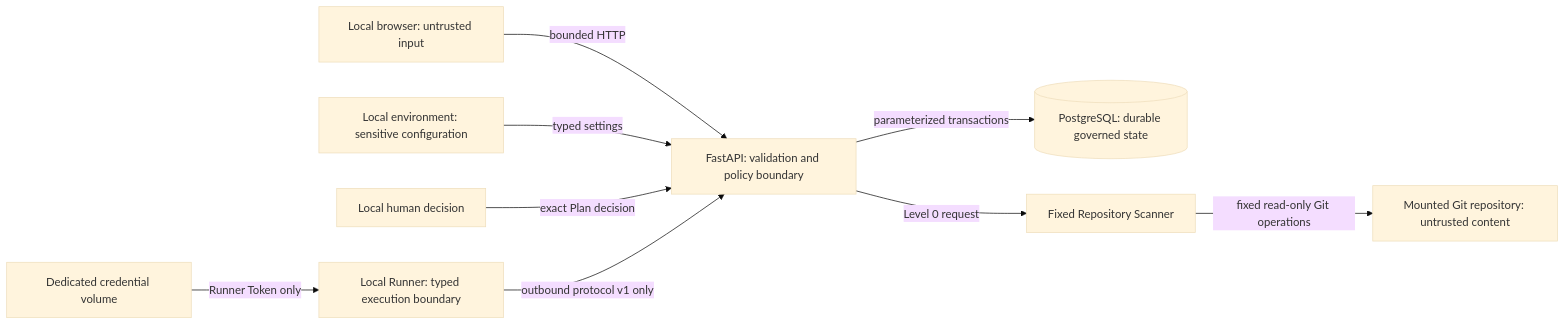
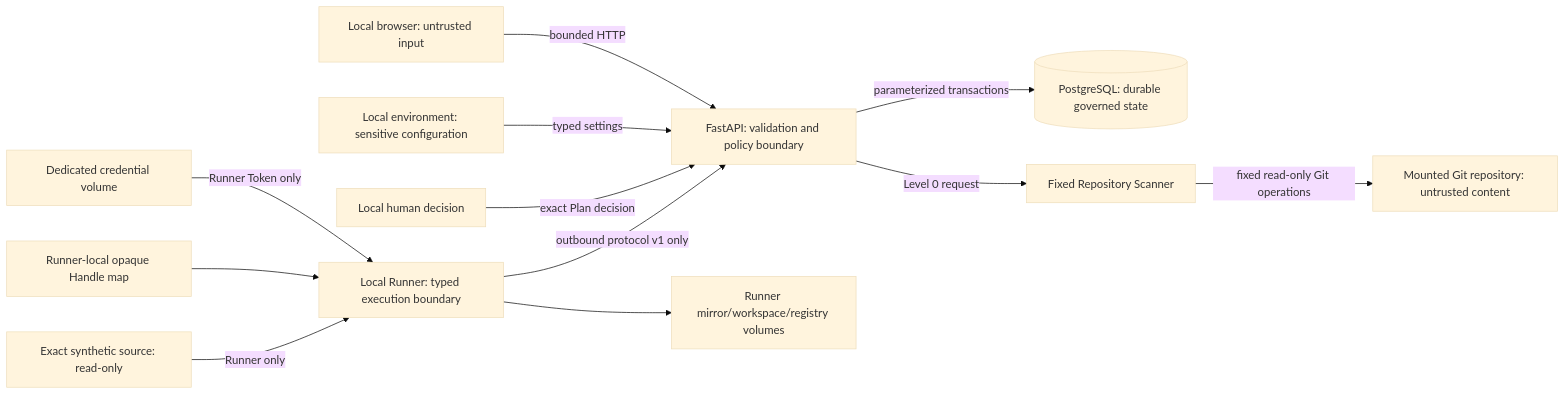
Before and after one commit to dankk0220abc-prog/visual-engineer: the diagram in docs/security/security-boundaries.md, drawn with Mermaid (base theme). The commit also changed other lines of this file and 88 other files, not shown here.

````diff
--- a/docs/security/security-boundaries.md
+++ b/docs/security/security-boundaries.md
@@ -5,21 +5,27 @@
 ```mermaid
 flowchart LR
     B["Local browser: untrusted input"]
     API["FastAPI: validation and policy boundary"]
     DB[("PostgreSQL: durable governed state")]
     SC["Fixed Repository Scanner"]
     REP["Mounted Git repository: untrusted content"]
     ENV["Local environment: sensitive configuration"]
     HUMAN["Local human decision"]
     RUNNER["Local Runner: typed execution boundary"]
     CRED["Dedicated credential volume"]
+    HANDLE["Runner-local opaque Handle map"]
+    SOURCE["Exact synthetic source: read-only"]
+    STATE["Runner mirror/workspace/registry volumes"]
 
     B -->|"bounded HTTP"| API
     API -->|"parameterized transactions"| DB
     API -->|"Level 0 request"| SC
     SC -->|"fixed read-only Git operations"| REP
     ENV -->|"typed settings"| API
     HUMAN -->|"exact Plan decision"| API
     RUNNER -->|"outbound protocol v1 only"| API
     CRED -->|"Runner Token only"| RUNNER
+    HANDLE --> RUNNER
+    SOURCE -->|"Runner only"| RUNNER
+    RUNNER --> STATE
 ```
````
